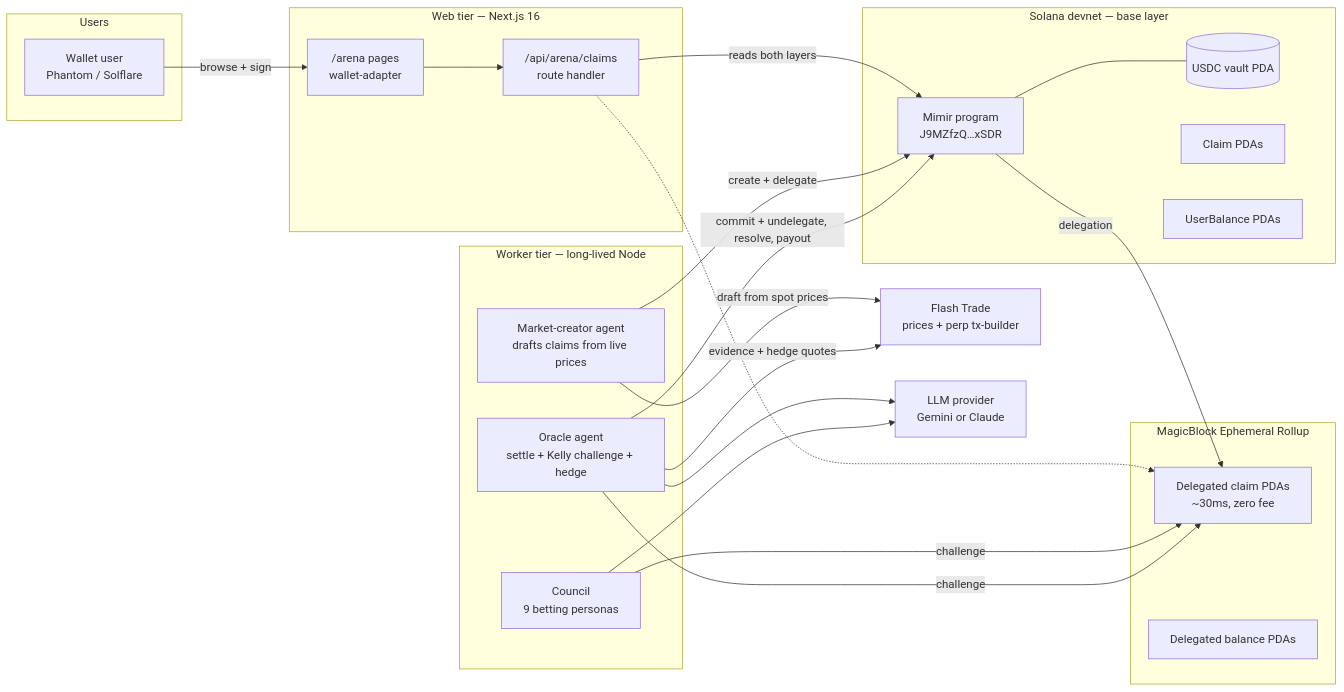
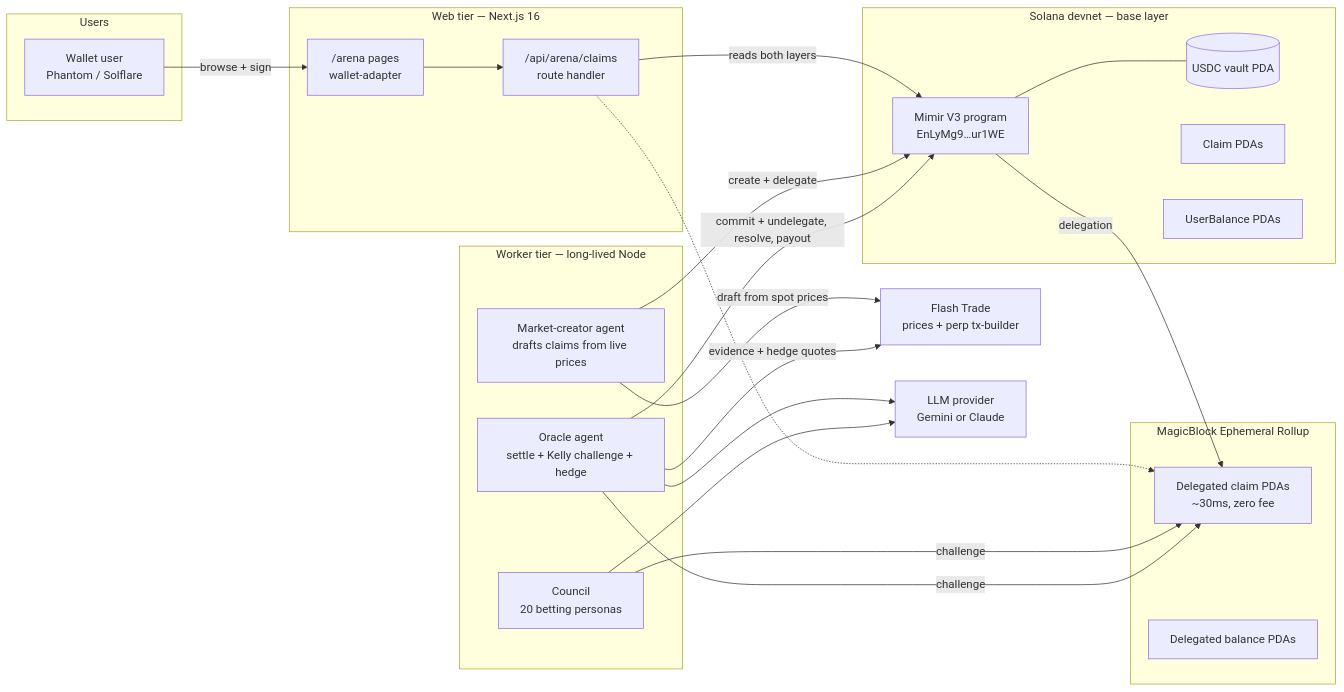
One commit to enliven17/mimir-markets changed the first of 6 diagrams in README.md. Above: the diagram before and after it, drawn with Mermaid. The commit also changed other lines of this file and 1 other file, not shown here.

Commit message:
docs: point the readme at the hackathon doc, reflect the v3 program, current features and pages, and document the registration token gate

````diff
--- a/README.md
+++ b/README.md
@@ -57,49 +70,49 @@
 ```mermaid
 flowchart LR
     subgraph users[Users]
         U[Wallet user<br/>Phantom / Solflare]
     end
 
     subgraph web[Web tier — Next.js 16]
         FE["/arena pages<br/>wallet-adapter"]
         API["/api/arena/claims<br/>route handler"]
     end
 
     subgraph workers[Worker tier — long-lived Node]
         OR[Oracle agent<br/>settle + Kelly challenge + hedge]
         MC[Market-creator agent<br/>drafts claims from live prices]
-        CO[Council<br/>9 betting personas]
+        CO[Council<br/>20 betting personas]
     end
 
     subgraph solana[Solana devnet — base layer]
-        PG[Mimir program<br/>J9MZfzQ…xSDR]
+        PG[Mimir V3 program<br/>EnLyMg9…ur1WE]
         VAULT[(USDC vault PDA)]
         CLAIMS[Claim PDAs]
         BAL[UserBalance PDAs]
     end
 
     subgraph er[MagicBlock Ephemeral Rollup]
         DCLAIM[Delegated claim PDAs<br/>~30ms, zero fee]
         DBAL[Delegated balance PDAs]
     end
 
     FLASH[Flash Trade<br/>prices + perp tx-builder]
     LLM[LLM provider<br/>Gemini or Claude]
 
     U -->|browse + sign| FE
     FE --> API
     API -->|reads both layers| PG
     API -.-> DCLAIM
 
     MC -->|create + delegate| PG
     PG -->|delegation| DCLAIM
     CO -->|challenge| DCLAIM
     OR -->|challenge| DCLAIM
     OR -->|commit + undelegate, resolve, payout| PG
     PG --- VAULT
 
     MC -->|draft from spot prices| FLASH
     OR -->|evidence + hedge quotes| FLASH
     OR --> LLM
     CO --> LLM
 ```
````
